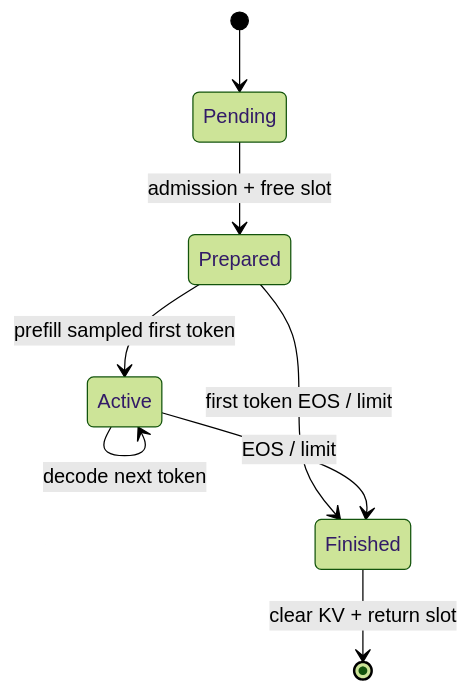
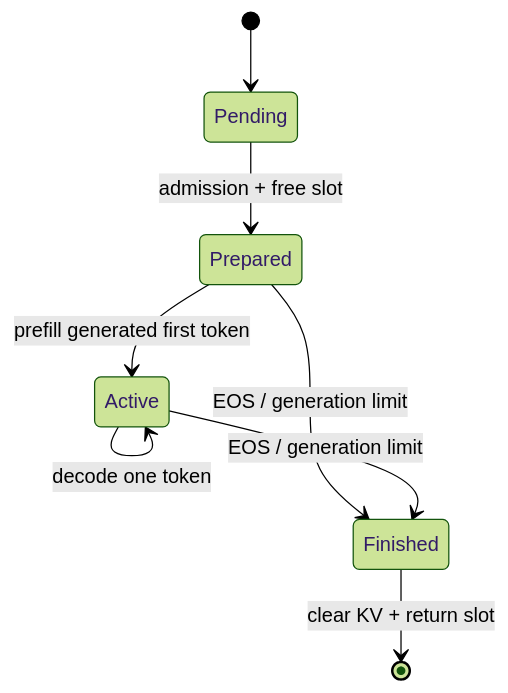
One commit to eagle-dai/easy_llm.cpp changed the eighth of 9 diagrams in my/docs/easy_llm_guide.zh-CN.md. Above: the diagram before and after it, drawn with Mermaid (forest theme). The commit also changed other lines of this file, not shown here.

Commit message:
docs: fix architecture boundaries and strengthen state ownership

````diff
--- a/my/docs/easy_llm_guide.zh-CN.md
+++ b/my/docs/easy_llm_guide.zh-CN.md
@@ -1118,10 +1232,10 @@
 ```mermaid
 stateDiagram-v2
     [*] --> Pending
     Pending --> Prepared: admission + free slot
-    Prepared --> Active: prefill sampled first token
-    Prepared --> Finished: first token EOS / limit
-    Active --> Active: decode next token
-    Active --> Finished: EOS / limit
+    Prepared --> Active: prefill generated first token
+    Prepared --> Finished: EOS / generation limit
+    Active --> Active: decode one token
+    Active --> Finished: EOS / generation limit
     Finished --> [*]: clear KV + return slot
 ```
````
